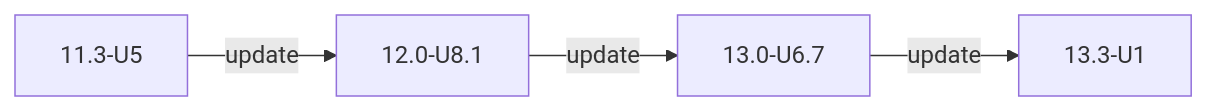
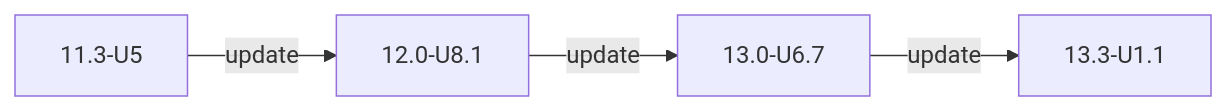
One commit to truenas/documentation changed the first of 2 diagrams in static/includes/COREUpgradePaths.md. Above: the diagram before and after it, drawn with Mermaid. The commit also changed 3 other files, not shown here.

```diff
--- a/static/includes/COREUpgradePaths.md
+++ b/static/includes/COREUpgradePaths.md
@@ -12,6 +12,6 @@
       {{< mermaid class="mermaid_sizing" >}}
       flowchart LR
       A["11.3-U5"] -->|update| B["12.0-U8.1"]
       B -->|update| C["13.0-U6.7"]
-      C -->|update| D["13.3-U1"]
+      C -->|update| D["13.3-U1.1"]
       {{< /mermaid >}}
```
